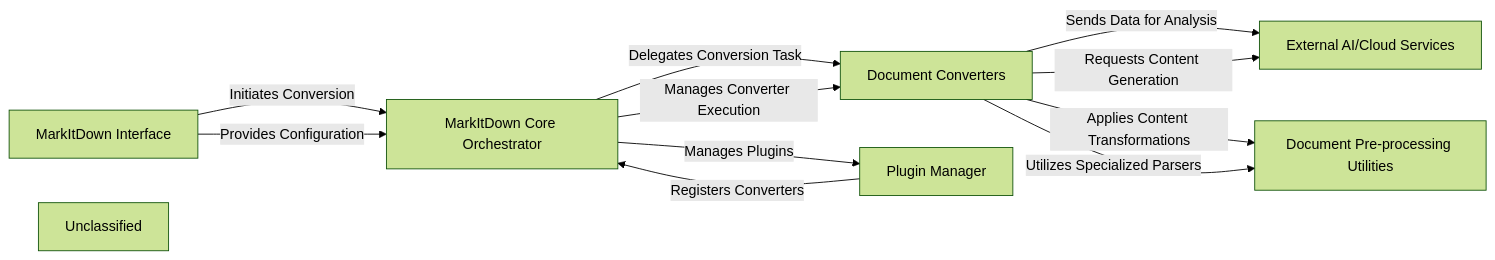
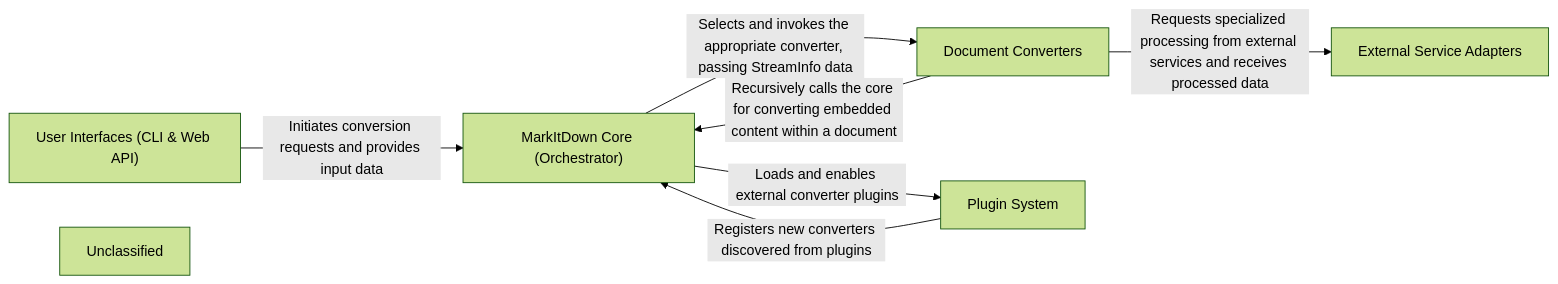
Before and after one commit to CodeBoarding/GeneratedOnBoardings: the diagram in markitdown/on_boarding.md, drawn with Mermaid (forest theme). The commit also changed other lines of this file, not shown here.

````diff
--- a/markitdown/on_boarding.md
+++ b/markitdown/on_boarding.md
@@ -1,20 +1,15 @@
 ```mermaid
 graph LR
-    MarkItDown_Interface["MarkItDown Interface"]
-    MarkItDown_Core_Orchestrator["MarkItDown Core Orchestrator"]
+    User_Interfaces_CLI_Web_API_["User Interfaces (CLI & Web API)"]
+    MarkItDown_Core_Orchestrator_["MarkItDown Core (Orchestrator)"]
     Document_Converters["Document Converters"]
-    Plugin_Manager["Plugin Manager"]
-    External_AI_Cloud_Services["External AI/Cloud Services"]
-    Document_Pre_processing_Utilities["Document Pre-processing Utilities"]
+    External_Service_Adapters["External Service Adapters"]
+    Plugin_System["Plugin System"]
     Unclassified["Unclassified"]
-    MarkItDown_Interface -- "Initiates Conversion" --> MarkItDown_Core_Orchestrator
-    MarkItDown_Interface -- "Provides Configuration" --> MarkItDown_Core_Orchestrator
-    MarkItDown_Core_Orchestrator -- "Delegates Conversion Task" --> Document_Converters
-    MarkItDown_Core_Orchestrator -- "Manages Converter Execution" --> Document_Converters
-    MarkItDown_Core_Orchestrator -- "Manages Plugins" --> Plugin_Manager
-    Plugin_Manager -- "Registers Converters" --> MarkItDown_Core_Orchestrator
-    Document_Converters -- "Sends Data for Analysis" --> External_AI_Cloud_Services
-    Document_Converters -- "Requests Content Generation" --> External_AI_Cloud_Services
-    Document_Converters -- "Applies Content Transformations" --> Document_Pre_processing_Utilities
-    Document_Converters -- "Utilizes Specialized Parsers" --> Document_Pre_processing_Utilities
+    User_Interfaces_CLI_Web_API_ -- "Initiates conversion requests and provides input data" --> MarkItDown_Core_Orchestrator_
+    MarkItDown_Core_Orchestrator_ -- "Selects and invokes the appropriate converter, passing StreamInfo data" --> Document_Converters
+    Document_Converters -- "Requests specialized processing from external services and receives processed data" --> External_Service_Adapters
+    MarkItDown_Core_Orchestrator_ -- "Loads and enables external converter plugins" --> Plugin_System
+    Plugin_System -- "Registers new converters discovered from plugins" --> MarkItDown_Core_Orchestrator_
+    Document_Converters -- "Recursively calls the core for converting embedded content within a document" --> MarkItDown_Core_Orchestrator_
 ```
````
